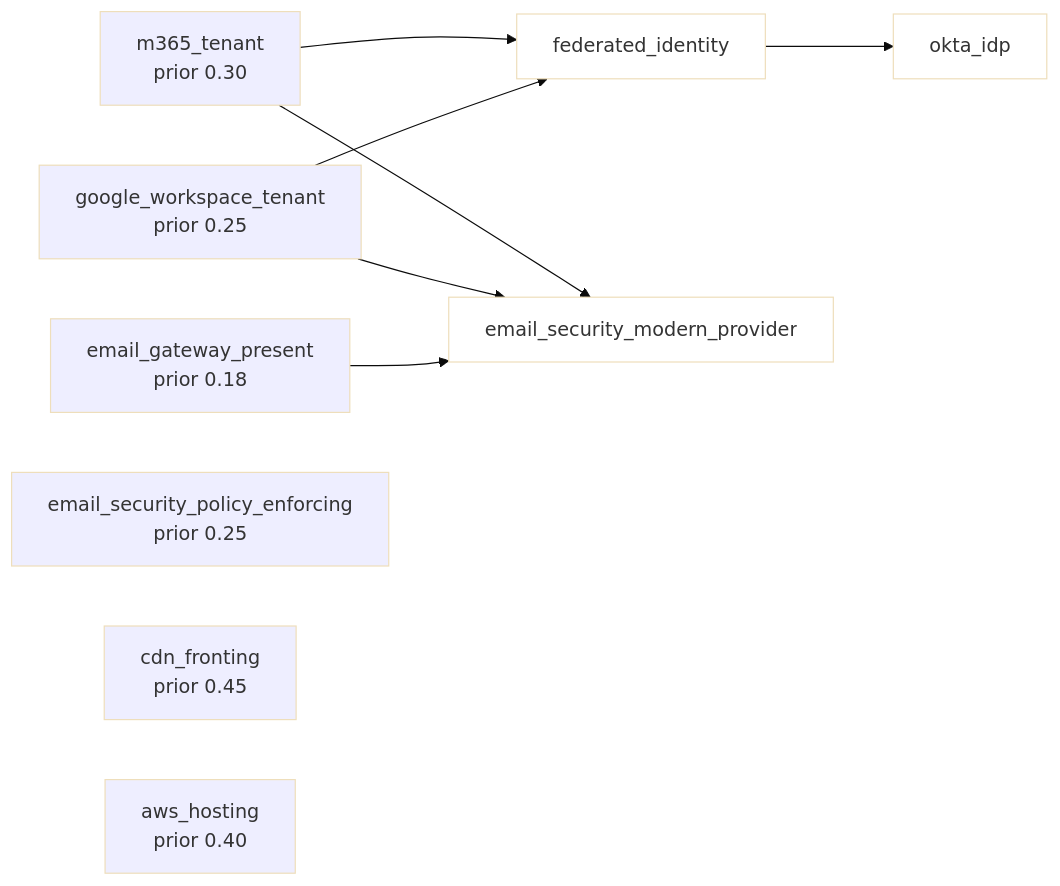
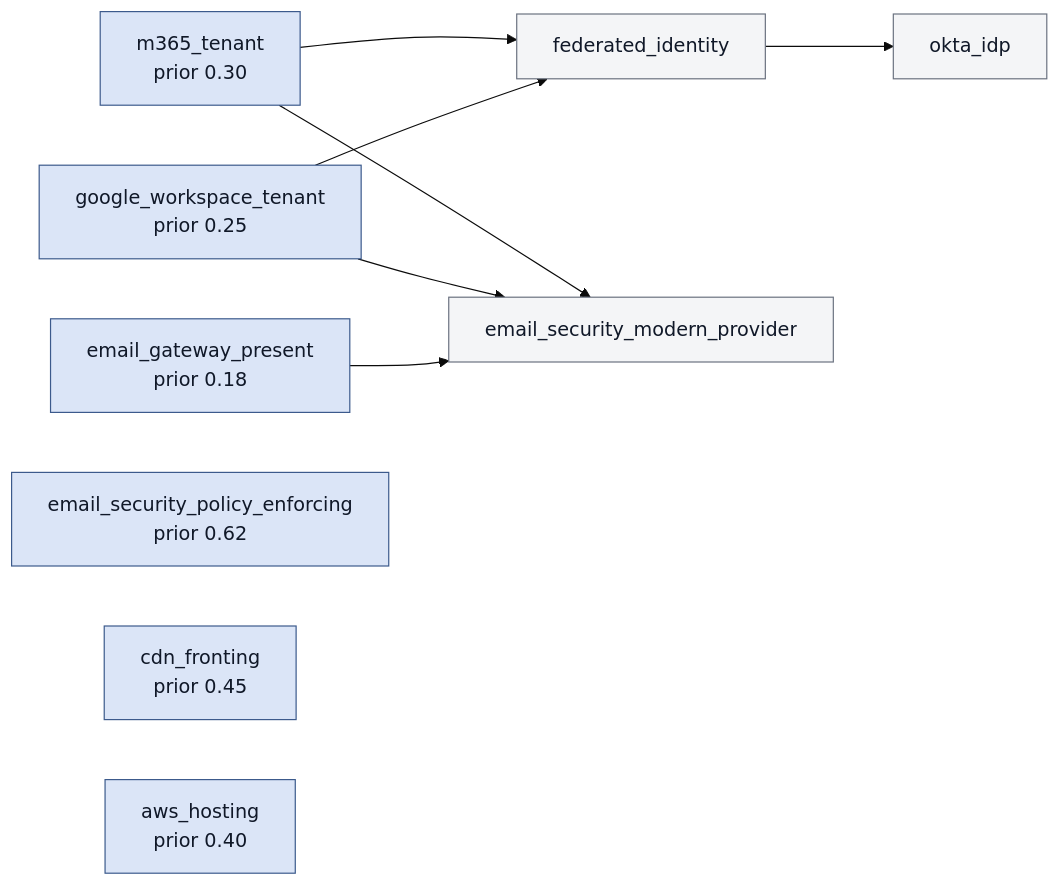
One commit to blisspixel/recon changed the second of 3 diagrams in docs/correlation.md. Above: the diagram before and after it, drawn with Mermaid (base theme). The commit also changed other lines of this file, not shown here.

````diff
--- a/docs/correlation.md
+++ b/docs/correlation.md
@@ -260,22 +263,17 @@
 ```mermaid
 flowchart LR
   m365["m365_tenant<br/>prior 0.30"] --> fed["federated_identity"]
   gws["google_workspace_tenant<br/>prior 0.25"] --> fed
   fed --> okta["okta_idp"]
   m365 --> emp["email_security_modern_provider"]
   gws --> emp
   egw["email_gateway_present<br/>prior 0.18"] --> emp
-  pol["email_security_policy_enforcing<br/>prior 0.25"]
+  pol["email_security_policy_enforcing<br/>prior 0.62"]
   cdn["cdn_fronting<br/>prior 0.45"]
   aws["aws_hosting<br/>prior 0.40"]
 
-  style m365 fill:#eef
-  style gws fill:#eef
-  style egw fill:#eef
-  style cdn fill:#eef
-  style aws fill:#eef
-  style pol fill:#eef
-  style fed fill:#fff
-  style okta fill:#fff
-  style emp fill:#fff
+  classDef root fill:#dbe5f7,stroke:#3c5a8c,stroke-width:1px,color:#101828
+  classDef child fill:#f4f5f7,stroke:#6b7280,stroke-width:1px,color:#101828
+  class m365,gws,egw,cdn,aws,pol root
+  class fed,okta,emp child
 ```
````
